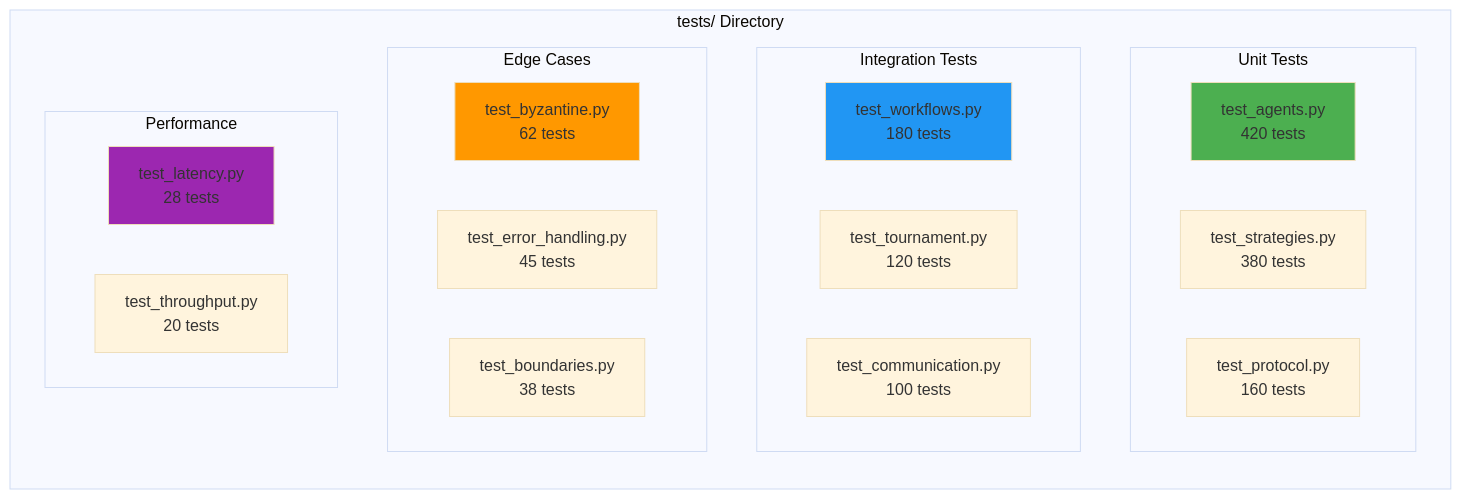
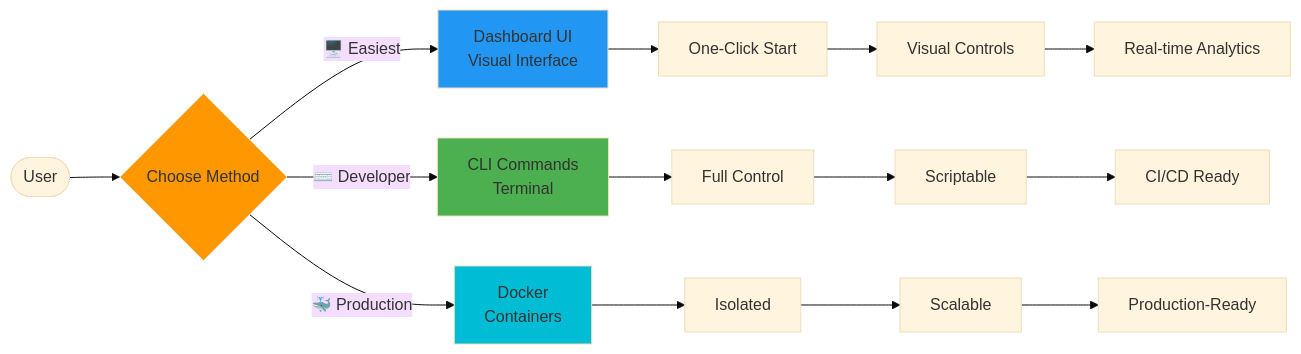
One commit to fouada/Assignment7_mcp-multi-agent-game changed diagram 14 of 18 in README.md. Above: the diagram before and after it, drawn with Mermaid (base theme). The commit also changed other lines of this file and 3 other files, not shown here.

````diff
--- a/README.md
+++ b/README.md
@@ -1068,34 +1108,25 @@
 ```mermaid
 graph LR
-    subgraph "tests/ Directory"
-        direction TB
-        
-        subgraph "Unit Tests"
-            UT1[test_agents.py<br/>420 tests]
-            UT2[test_strategies.py<br/>380 tests]
-            UT3[test_protocol.py<br/>160 tests]
-        end
-        
-        subgraph "Integration Tests"
-            IT1[test_workflows.py<br/>180 tests]
-            IT2[test_tournament.py<br/>120 tests]
-            IT3[test_communication.py<br/>100 tests]
-        end
-        
-        subgraph "Edge Cases"
-            EC1[test_byzantine.py<br/>62 tests]
-            EC2[test_error_handling.py<br/>45 tests]
-            EC3[test_boundaries.py<br/>38 tests]
-        end
-        
-        subgraph "Performance"
-            PT1[test_latency.py<br/>28 tests]
-            PT2[test_throughput.py<br/>20 tests]
-        end
-    end
-
-    style UT1 fill:#4CAF50
-    style IT1 fill:#2196F3
-    style EC1 fill:#FF9800
-    style PT1 fill:#9C27B0
+    USER([User]) --> METHOD{Choose Method}
+    
+    METHOD -->|🖥️ Easiest| DASH[Dashboard UI<br/>Visual Interface]
+    METHOD -->|⌨️ Developer| CLI[CLI Commands<br/>Terminal]
+    METHOD -->|🐳 Production| DOCKER[Docker<br/>Containers]
+    
+    DASH --> DASH1[One-Click Start]
+    DASH1 --> DASH2[Visual Controls]
+    DASH2 --> DASH3[Real-time Analytics]
+    
+    CLI --> CLI1[Full Control]
+    CLI1 --> CLI2[Scriptable]
+    CLI2 --> CLI3[CI/CD Ready]
+    
+    DOCKER --> DOCK1[Isolated]
+    DOCK1 --> DOCK2[Scalable]
+    DOCK2 --> DOCK3[Production-Ready]
+    
+    style METHOD fill:#FF9800
+    style DASH fill:#2196F3
+    style CLI fill:#4CAF50
+    style DOCKER fill:#00BCD4
 ```
````
